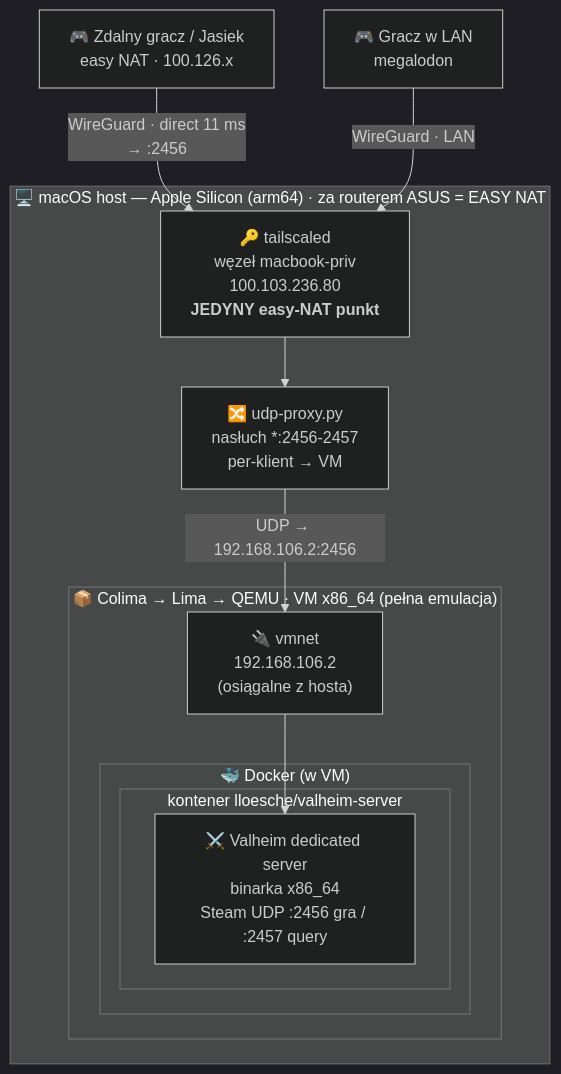
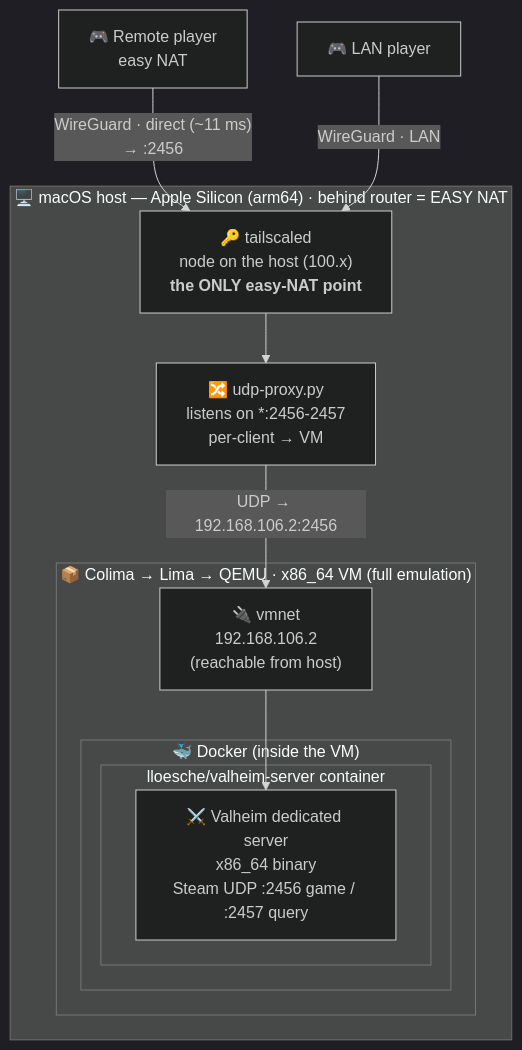
Before and after one commit to z00rd/valheim-apple-silicon: the first of 2 diagrams in ARCHITECTURE.md, drawn with Mermaid (dark theme). The commit also changed other lines of this file and 9 other files, not shown here.

````diff
--- a/ARCHITECTURE.md
+++ b/ARCHITECTURE.md
@@ -14,25 +15,25 @@
 ```mermaid
 flowchart TB
-    J["🎮 Zdalny gracz / Jasiek<br/>easy NAT · 100.126.x"]
-    L["🎮 Gracz w LAN<br/>megalodon"]
+    J["🎮 Remote player<br/>easy NAT"]
+    L["🎮 LAN player"]
 
-    subgraph MAC["🖥️ macOS host — Apple Silicon (arm64) · za routerem ASUS = EASY NAT"]
-        TS["🔑 tailscaled<br/>węzeł macbook-priv<br/>100.103.236.80<br/><b>JEDYNY easy-NAT punkt</b>"]
-        PROXY["🔀 udp-proxy.py<br/>nasłuch *:2456-2457<br/>per-klient → VM"]
+    subgraph MAC["🖥️ macOS host — Apple Silicon (arm64) · behind router = EASY NAT"]
+        TS["🔑 tailscaled<br/>node on the host (100.x)<br/><b>the ONLY easy-NAT point</b>"]
+        PROXY["🔀 udp-proxy.py<br/>listens on *:2456-2457<br/>per-client → VM"]
 
-        subgraph VM["📦 Colima → Lima → QEMU · VM x86_64 (pełna emulacja)"]
-            VMNET["🔌 vmnet<br/>192.168.106.2<br/>(osiągalne z hosta)"]
-            subgraph DOCK["🐳 Docker (w VM)"]
-                subgraph CONT["kontener lloesche/valheim-server"]
-                    VH["⚔️ Valheim dedicated server<br/>binarka x86_64<br/>Steam UDP :2456 gra / :2457 query"]
+        subgraph VM["📦 Colima → Lima → QEMU · x86_64 VM (full emulation)"]
+            VMNET["🔌 vmnet<br/>192.168.106.2<br/>(reachable from host)"]
+            subgraph DOCK["🐳 Docker (inside the VM)"]
+                subgraph CONT["lloesche/valheim-server container"]
+                    VH["⚔️ Valheim dedicated server<br/>x86_64 binary<br/>Steam UDP :2456 game / :2457 query"]
                 end
             end
         end
     end
 
-    J -- "WireGuard · direct 11 ms<br/>→ :2456" --> TS
+    J -- "WireGuard · direct (~11 ms)<br/>→ :2456" --> TS
     L -- "WireGuard · LAN" --> TS
     TS --> PROXY
     PROXY -- "UDP → 192.168.106.2:2456" --> VMNET
     VMNET --> VH
 ```
````
